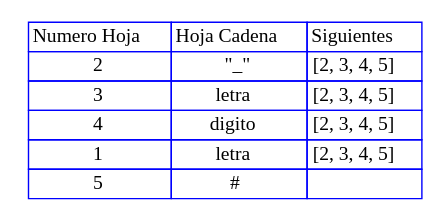
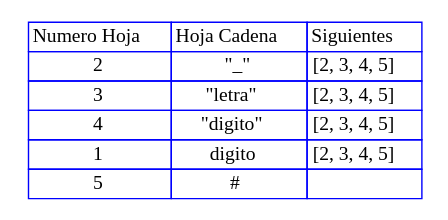
The diagram in out/production/Proyecto1/Graphviz/Siguientes2.dot (RojasCJP/Proyecto1_Compi1), drawn with Graphviz before and after one commit. The commit also changed 616 other files, not shown here.

```diff
--- a/out/production/Proyecto1/Graphviz/Siguientes2.dot
+++ b/out/production/Proyecto1/Graphviz/Siguientes2.dot
@@ -1,14 +1,14 @@
 digraph {
 
   tbl [
 
     shape=plaintext
     label=<
       <table border='0' cellborder='1' color='blue' cellspacing='0'>
-        <tr><td>Numero Hoja</td><td>Hoja Cadena</td><td>Siguientes</td></tr><tr><td>2</td><td>"_"</td><td>[2, 3, 4, 5]</td></tr><tr><td>3</td><td>letra</td><td>[2, 3, 4, 5]</td></tr><tr><td>4</td><td>digito</td><td>[2, 3, 4, 5]</td></tr><tr><td>1</td><td>letra</td><td>[2, 3, 4, 5]</td></tr><tr><td>5</td><td>#</td><td></td></tr>
+        <tr><td>Numero Hoja</td><td>Hoja Cadena</td><td>Siguientes</td></tr><tr><td>2</td><td>"_"</td><td>[2, 3, 4, 5]</td></tr><tr><td>3</td><td>"letra"</td><td>[2, 3, 4, 5]</td></tr><tr><td>4</td><td>"digito"</td><td>[2, 3, 4, 5]</td></tr><tr><td>1</td><td>digito</td><td>[2, 3, 4, 5]</td></tr><tr><td>5</td><td>#</td><td></td></tr>
 
       </table>
 
     >];
 
 }
```
